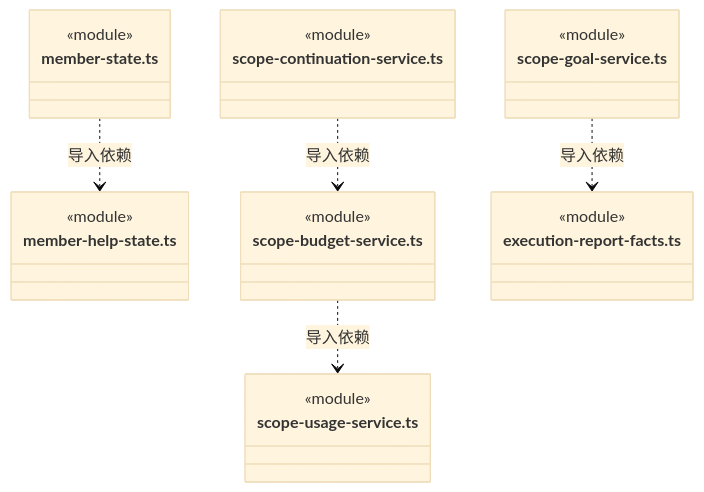
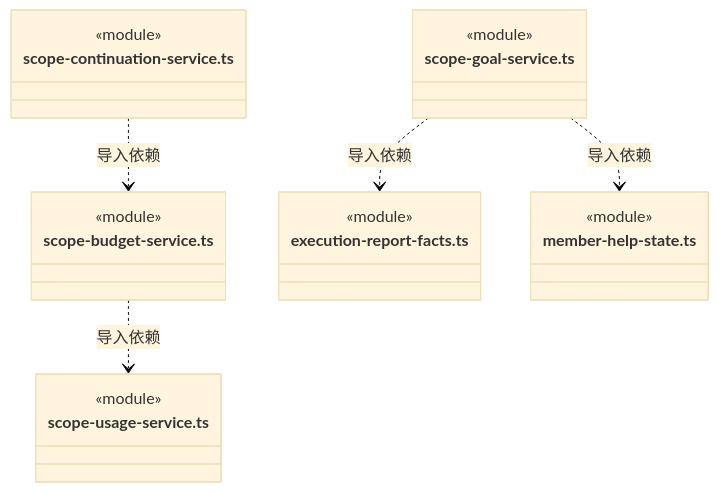
Diagram 45 of 50 in src/backend/scheduler-engine/execution/ARCHITECTURE.md (nan023062/cbim), drawn with Mermaid (base theme) before and after one commit. The commit also changed other lines of this file and 53 other files, not shown here.

````diff
--- a/src/backend/scheduler-engine/execution/ARCHITECTURE.md
+++ b/src/backend/scheduler-engine/execution/ARCHITECTURE.md
@@ -1167,28 +1217,25 @@
 ```mermaid
 classDiagram
-class N_src_backend_scheduler_engine_execution_member_state_ts["member-state.ts"] {
-  <<module>>
-}
-class N_src_backend_scheduler_engine_execution_member_help_state_ts["member-help-state.ts"] {
-  <<module>>
-}
 class N_src_backend_scheduler_engine_execution_scope_budget_service_ts["scope-budget-service.ts"] {
   <<module>>
 }
 class N_src_backend_scheduler_engine_execution_scope_usage_service_ts["scope-usage-service.ts"] {
   <<module>>
 }
 class N_src_backend_scheduler_engine_execution_scope_continuation_service_ts["scope-continuation-service.ts"] {
   <<module>>
 }
 class N_src_backend_scheduler_engine_execution_scope_goal_service_ts["scope-goal-service.ts"] {
   <<module>>
 }
 class N_src_backend_scheduler_engine_execution_execution_report_facts_ts["execution-report-facts.ts"] {
   <<module>>
 }
-N_src_backend_scheduler_engine_execution_member_state_ts ..> N_src_backend_scheduler_engine_execution_member_help_state_ts : 导入依赖
+class N_src_backend_scheduler_engine_execution_member_help_state_ts["member-help-state.ts"] {
+  <<module>>
+}
 N_src_backend_scheduler_engine_execution_scope_budget_service_ts ..> N_src_backend_scheduler_engine_execution_scope_usage_service_ts : 导入依赖
 N_src_backend_scheduler_engine_execution_scope_continuation_service_ts ..> N_src_backend_scheduler_engine_execution_scope_budget_service_ts : 导入依赖
 N_src_backend_scheduler_engine_execution_scope_goal_service_ts ..> N_src_backend_scheduler_engine_execution_execution_report_facts_ts : 导入依赖
+N_src_backend_scheduler_engine_execution_scope_goal_service_ts ..> N_src_backend_scheduler_engine_execution_member_help_state_ts : 导入依赖
 ```
````
